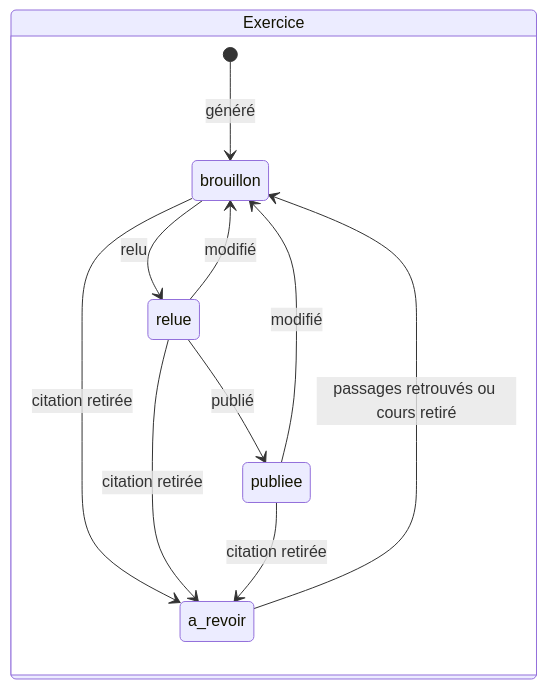
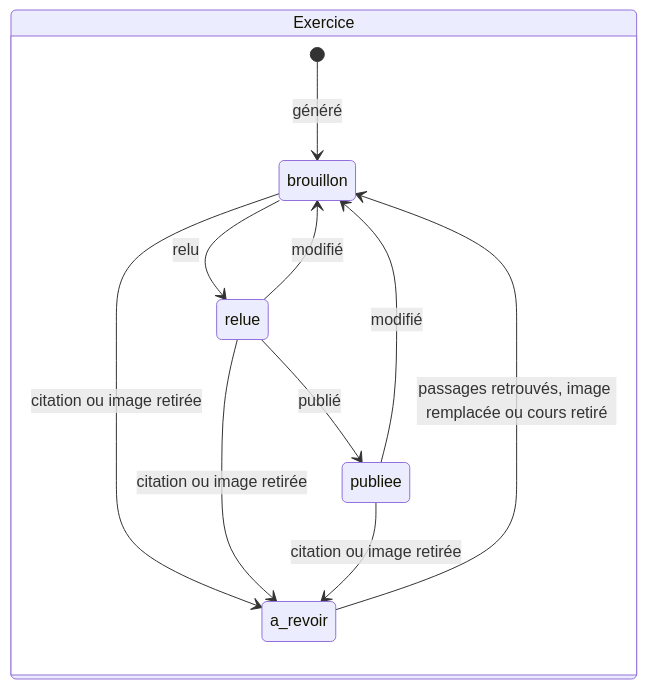
Before and after one commit to theopaolo/thot: the fifth of 7 diagrams in docs/architecture.md, drawn with Mermaid. The commit also changed other lines of this file and 20 other files, not shown here.

````diff
--- a/docs/architecture.md
+++ b/docs/architecture.md
@@ -670,15 +684,15 @@
 ```mermaid
 stateDiagram-v2
   direction LR
   state "Exercice" as Exercice {
     [*] --> brouillon: généré
     brouillon --> relue: relu
     relue --> publiee: publié
     relue --> brouillon: modifié
     publiee --> brouillon: modifié
-    brouillon --> a_revoir: citation retirée
-    relue --> a_revoir: citation retirée
-    publiee --> a_revoir: citation retirée
-    a_revoir --> brouillon: passages retrouvés ou cours retiré
+    brouillon --> a_revoir: citation ou image retirée
+    relue --> a_revoir: citation ou image retirée
+    publiee --> a_revoir: citation ou image retirée
+    a_revoir --> brouillon: passages retrouvés, image remplacée ou cours retiré
   }
 ```
````
